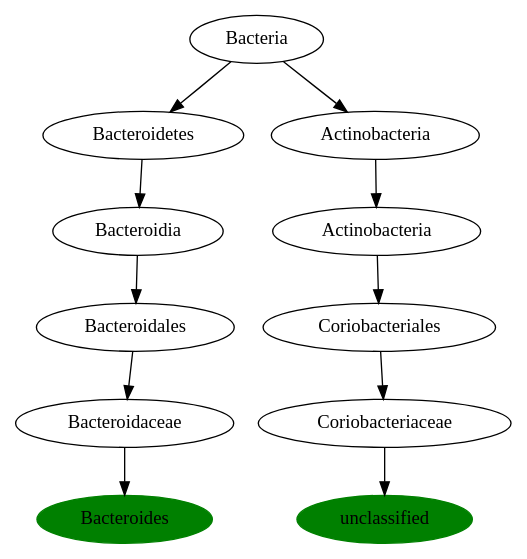
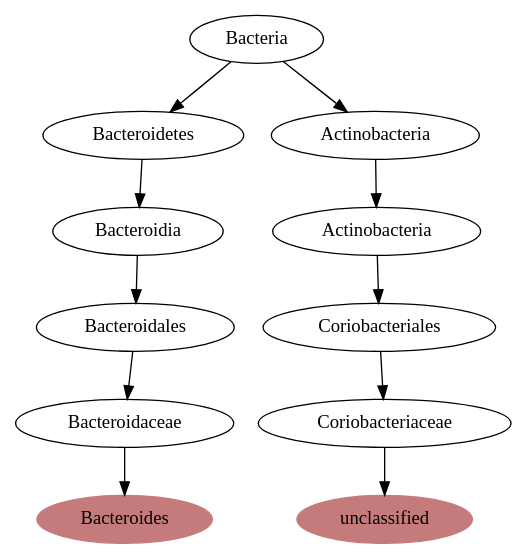
Before and after one commit to AndersHqst/thesis: the diagram in experiments/2b/phylogenetic-tree/dotfiles/5.dot, drawn with Graphviz. The commit also changed 77 other files, not shown here.

Commit message:
Added plotting code for summary graphs

```diff
--- a/experiments/2b/phylogenetic-tree/dotfiles/5.dot
+++ b/experiments/2b/phylogenetic-tree/dotfiles/5.dot
@@ -1,35 +1,35 @@
 digraph G { 
-	BacteroidaceaeBacteroides [label="Bacteroides", color="green", style=filled];
+	BacteroidaceaeBacteroides [label="Bacteroides", color="#C57B7B", style=filled];
 	BacteroidalesBacteroidaceae [label="Bacteroidaceae"];
 	BacteroidaceaeBacteroides [label="Bacteroides"];
 	BacteroidalesBacteroidaceae -> BacteroidaceaeBacteroides;
 	BacteroidiaBacteroidales [label="Bacteroidales"];
 	BacteroidalesBacteroidaceae [label="Bacteroidaceae"];
 	BacteroidiaBacteroidales -> BacteroidalesBacteroidaceae;
 	BacteroidetesBacteroidia [label="Bacteroidia"];
 	BacteroidiaBacteroidales [label="Bacteroidales"];
 	BacteroidetesBacteroidia -> BacteroidiaBacteroidales;
 	BacteriaBacteroidetes [label="Bacteroidetes"];
 	BacteroidetesBacteroidia [label="Bacteroidia"];
 	BacteriaBacteroidetes -> BacteroidetesBacteroidia;
 	Bacteria [label="Bacteria"];
 	BacteriaBacteroidetes [label="Bacteroidetes"];
 	Bacteria -> BacteriaBacteroidetes;
-	Coriobacteriaceaeunclassified [label="unclassified", color="green", style=filled];
+	Coriobacteriaceaeunclassified [label="unclassified", color="#C57B7B", style=filled];
 	CoriobacterialesCoriobacteriaceae [label="Coriobacteriaceae"];
 	Coriobacteriaceaeunclassified [label="unclassified"];
 	CoriobacterialesCoriobacteriaceae -> Coriobacteriaceaeunclassified;
 	ActinobacteriaCoriobacteriales [label="Coriobacteriales"];
 	CoriobacterialesCoriobacteriaceae [label="Coriobacteriaceae"];
 	ActinobacteriaCoriobacteriales -> CoriobacterialesCoriobacteriaceae;
 	ActinobacteriaActinobacteria [label="Actinobacteria"];
 	ActinobacteriaCoriobacteriales [label="Coriobacteriales"];
 	ActinobacteriaActinobacteria -> ActinobacteriaCoriobacteriales;
 	BacteriaActinobacteria [label="Actinobacteria"];
 	ActinobacteriaActinobacteria [label="Actinobacteria"];
 	BacteriaActinobacteria -> ActinobacteriaActinobacteria;
 	Bacteria [label="Bacteria"];
 	BacteriaActinobacteria [label="Actinobacteria"];
 	Bacteria -> BacteriaActinobacteria;
 
  }
```
